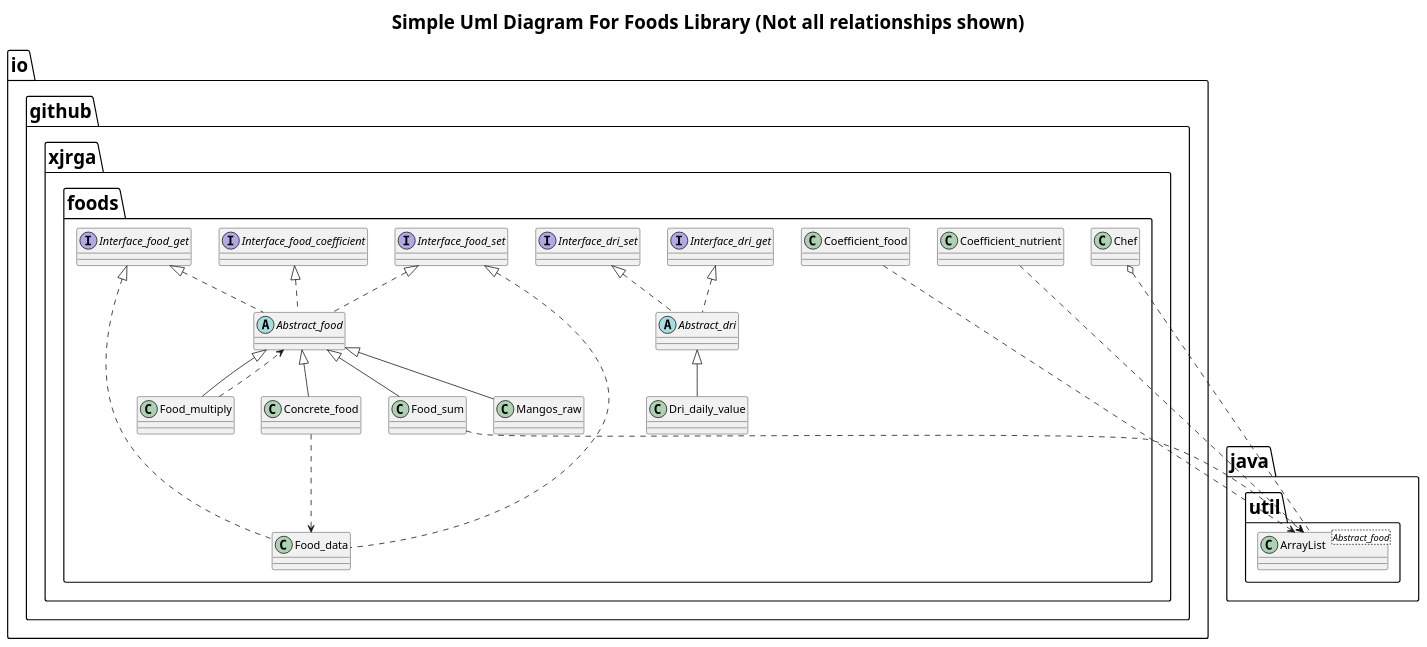
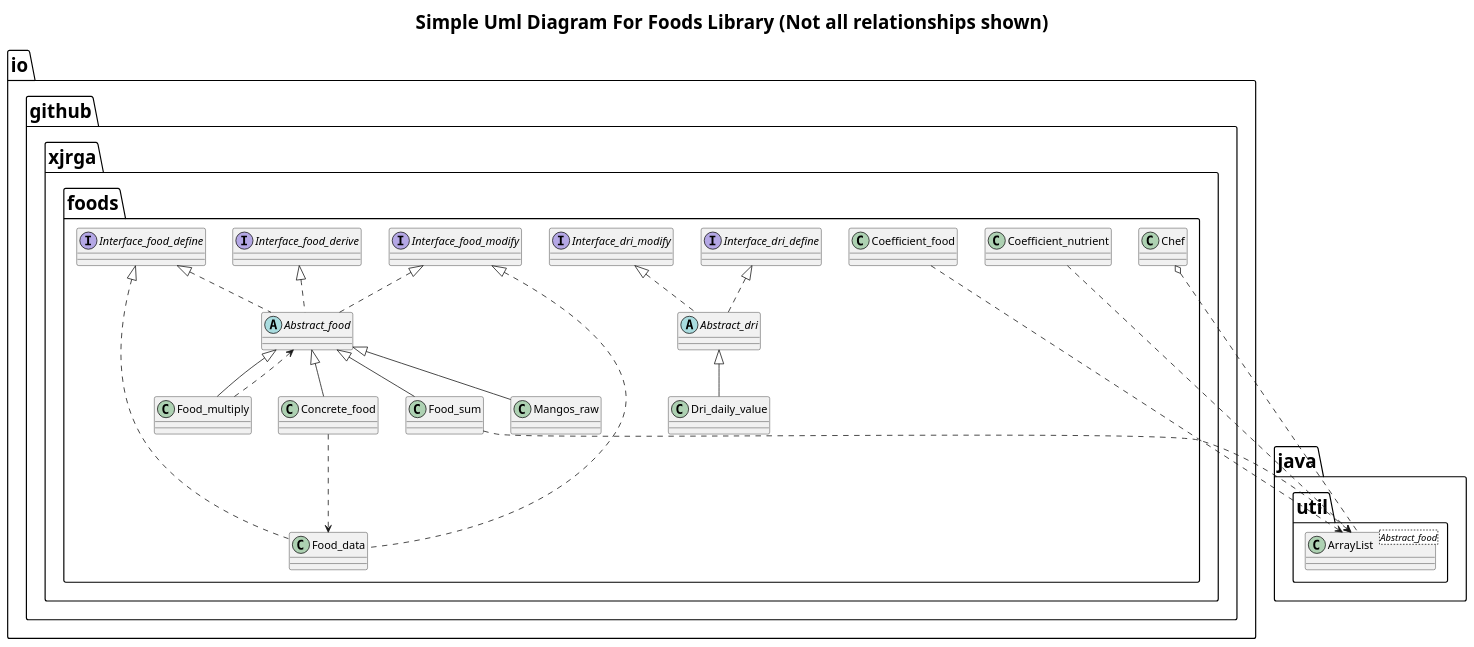
Before and after one commit to xjrga/foods: the diagram in uml.puml, drawn with PlantUML. The commit also changed 17 other files, not shown here.

```diff
--- a/uml.puml
+++ b/uml.puml
@@ -1,33 +1,33 @@
 @startuml
 title Simple Uml Diagram For Foods Library (Not all relationships shown)
 <style>
 title {
   HorizontalAlignment center
   FontSize 24
 }
 </style>
 class java.util.ArrayList<Abstract_food>
-interface io.github.xjrga.foods.Interface_dri_get
-interface io.github.xjrga.foods.Interface_dri_set
-interface io.github.xjrga.foods.Interface_food_get
-interface io.github.xjrga.foods.Interface_food_set
-interface io.github.xjrga.foods.Interface_food_coefficient
-abstract class io.github.xjrga.foods.Abstract_dri implements io.github.xjrga.foods.Interface_dri_get
-abstract class io.github.xjrga.foods.Abstract_dri implements io.github.xjrga.foods.Interface_dri_set
-abstract class io.github.xjrga.foods.Abstract_food implements io.github.xjrga.foods.Interface_food_get
-abstract class io.github.xjrga.foods.Abstract_food implements io.github.xjrga.foods.Interface_food_set
-abstract class io.github.xjrga.foods.Abstract_food implements io.github.xjrga.foods.Interface_food_coefficient
-class io.github.xjrga.foods.Food_data implements io.github.xjrga.foods.Interface_food_get
-class io.github.xjrga.foods.Food_data implements io.github.xjrga.foods.Interface_food_set
+interface io.github.xjrga.foods.Interface_dri_define
+interface io.github.xjrga.foods.Interface_dri_modify
+interface io.github.xjrga.foods.Interface_food_define
+interface io.github.xjrga.foods.Interface_food_modify
+interface io.github.xjrga.foods.Interface_food_derive
+abstract class io.github.xjrga.foods.Abstract_dri implements io.github.xjrga.foods.Interface_dri_define
+abstract class io.github.xjrga.foods.Abstract_dri implements io.github.xjrga.foods.Interface_dri_modify
+abstract class io.github.xjrga.foods.Abstract_food implements io.github.xjrga.foods.Interface_food_define
+abstract class io.github.xjrga.foods.Abstract_food implements io.github.xjrga.foods.Interface_food_modify
+abstract class io.github.xjrga.foods.Abstract_food implements io.github.xjrga.foods.Interface_food_derive
+class io.github.xjrga.foods.Food_data implements io.github.xjrga.foods.Interface_food_define
+class io.github.xjrga.foods.Food_data implements io.github.xjrga.foods.Interface_food_modify
 class io.github.xjrga.foods.Mangos_raw extends io.github.xjrga.foods.Abstract_food
 class io.github.xjrga.foods.Dri_daily_value extends io.github.xjrga.foods.Abstract_dri
 class io.github.xjrga.foods.Concrete_food extends io.github.xjrga.foods.Abstract_food
 class io.github.xjrga.foods.Food_multiply extends io.github.xjrga.foods.Abstract_food
 class io.github.xjrga.foods.Food_sum extends io.github.xjrga.foods.Abstract_food
 io.github.xjrga.foods.Coefficient_food ..> java.util.ArrayList
 io.github.xjrga.foods.Coefficient_nutrient ..> java.util.ArrayList
 io.github.xjrga.foods.Concrete_food ..> io.github.xjrga.foods.Food_data
 io.github.xjrga.foods.Food_sum ..> java.util.ArrayList
 io.github.xjrga.foods.Food_multiply ..> io.github.xjrga.foods.Abstract_food
 io.github.xjrga.foods.Chef o.. java.util.ArrayList
 @enduml
```
